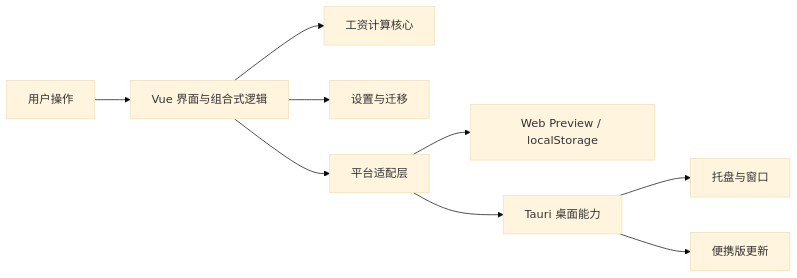
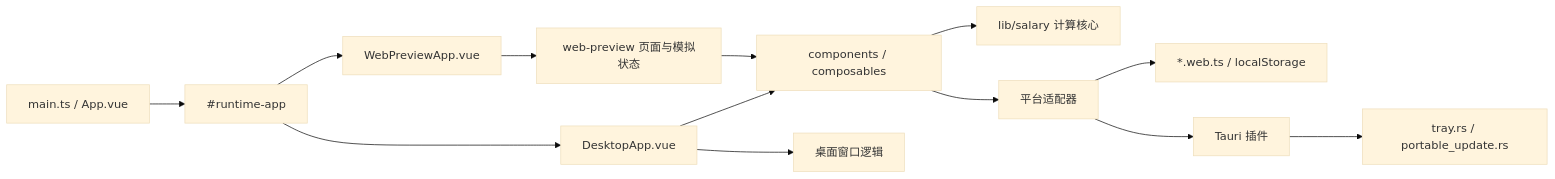
Before and after one commit to MasterBao66/PayDance: the diagram in docs/ARCHITECTURE.md, drawn with Mermaid (base theme). The commit also changed other lines of this file and 47 other files, not shown here.

````diff
--- a/docs/ARCHITECTURE.md
+++ b/docs/ARCHITECTURE.md
@@ -7,11 +7,15 @@
 ```mermaid
 flowchart LR
-  User["用户操作"] --> Vue["Vue 界面与组合式逻辑"]
-  Vue --> Salary["工资计算核心"]
-  Vue --> Settings["设置与迁移"]
-  Vue --> Platform["平台适配层"]
-  Platform --> Web["Web Preview / localStorage"]
-  Platform --> Tauri["Tauri 桌面能力"]
-  Tauri --> Tray["托盘与窗口"]
-  Tauri --> Update["便携版更新"]
+  Entry["main.ts / App.vue"] --> Target["#runtime-app"]
+  Target --> Desktop["DesktopApp.vue"]
+  Target --> Web["WebPreviewApp.vue"]
+  Desktop --> Shared["components / composables"]
+  Web --> Preview["web-preview 页面与模拟状态"]
+  Preview --> Shared
+  Shared --> Salary["lib/salary 计算核心"]
+  Shared --> Adapters["平台适配器"]
+  Adapters --> Browser["*.web.ts / localStorage"]
+  Adapters --> Tauri["Tauri 插件"]
+  Desktop --> Window["桌面窗口逻辑"]
+  Tauri --> Rust["tray.rs / portable_update.rs"]
 ```
````
